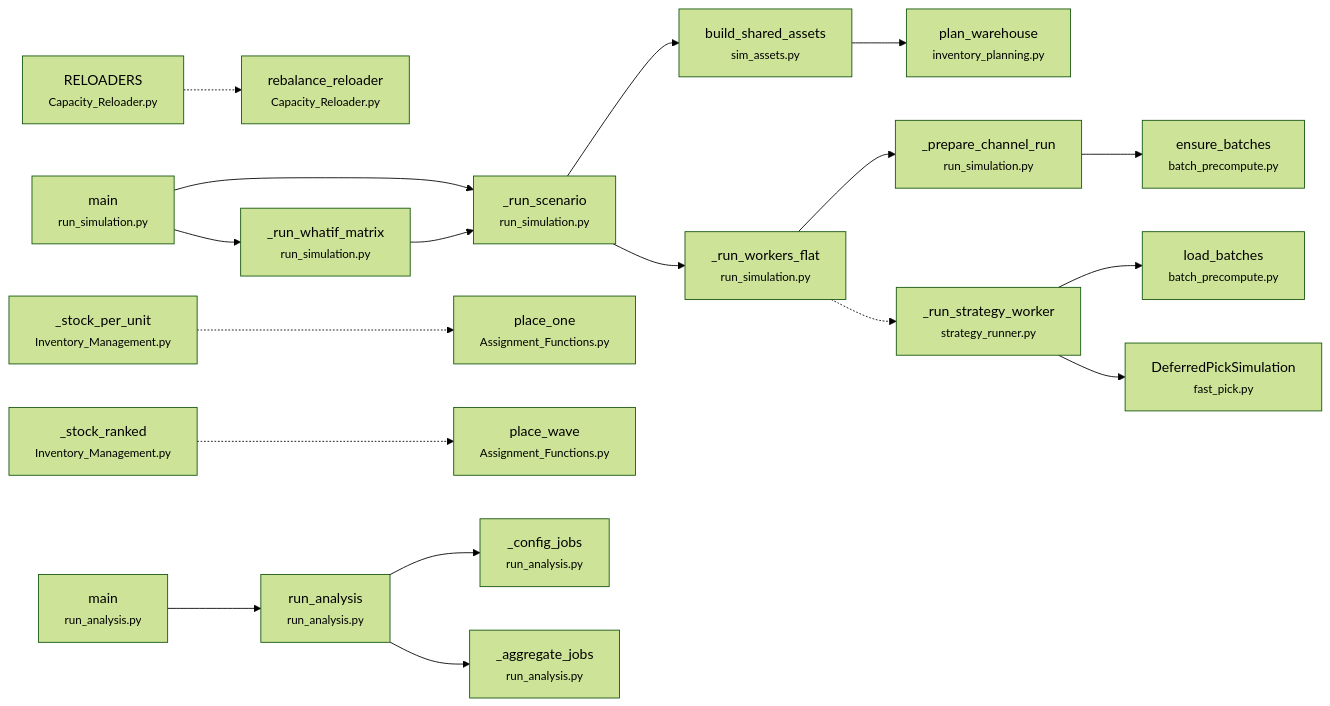
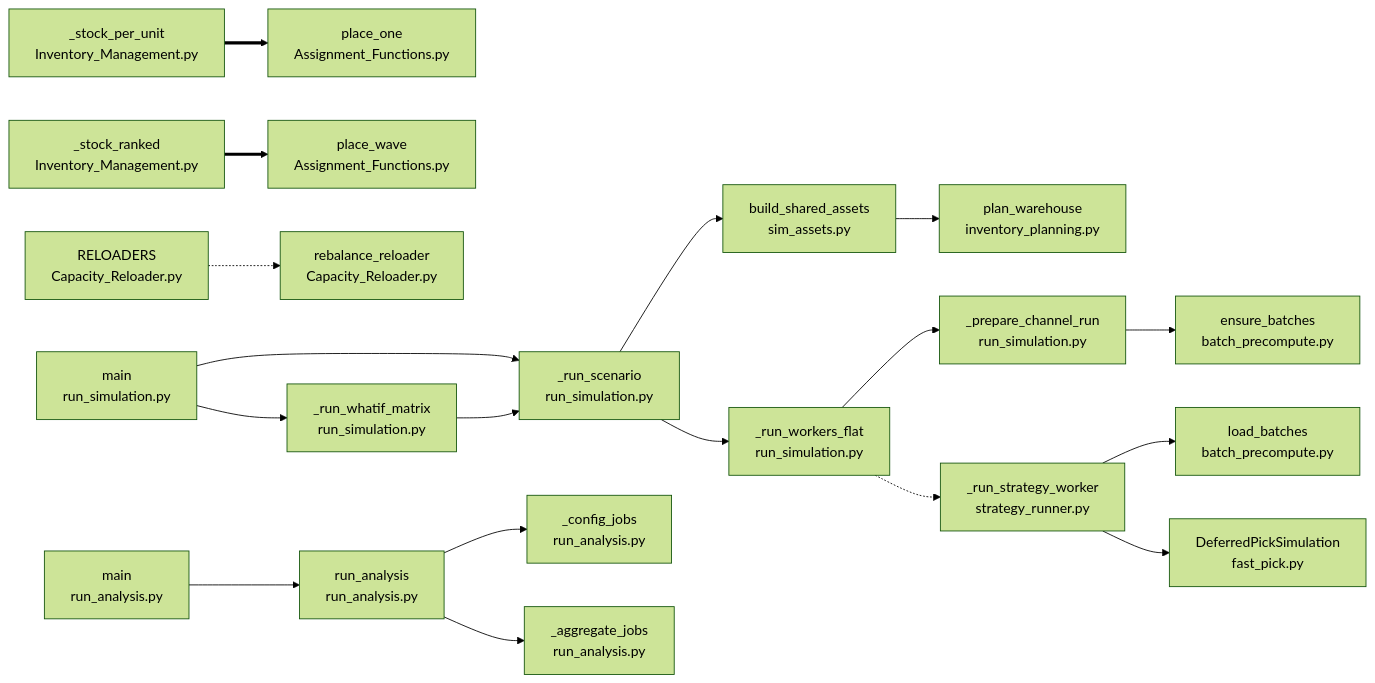
Before and after one commit to EdgyPage/Inventory_Location_Optimizer: the second of 2 diagrams in context/arch/GRAPH.md, drawn with Mermaid (forest theme). The commit also changed other lines of this file and 2 other files, not shown here.

Commit message:
fix(arch): valid Mermaid arrows + cleaner labels in GRAPH.md
The dispatch edges used `-..->`, which is not a valid Mermaid link and made the
whole backbone diagram fail to render. Use `==>` (thick) for dispatch, keep
`-.->` (dotted) for ref and `-->` for calls. Drop the unreliable <small> tag from
node labels (plain name<br/>filename renders consistently on GitHub + IDE preview).
Regenerated context/arch/GRAPH.md.

````diff
--- a/context/arch/GRAPH.md
+++ b/context/arch/GRAPH.md
@@ -36,41 +36,41 @@
 ```mermaid
 graph LR
-  nmain_Optimization_run_simulation_py["main<br/><small>run_simulation.py</small>"]
-  n_run_scenario_Optimization_run_simulation_py["_run_scenario<br/><small>run_simulation.py</small>"]
-  nbuild_shared_assets_Optimization_sim_assets_py["build_shared_assets<br/><small>sim_assets.py</small>"]
-  nplan_warehouse_Warehouse_inventory_planning_py["plan_warehouse<br/><small>inventory_planning.py</small>"]
-  n_run_workers_flat_Optimization_run_simulation_py["_run_workers_flat<br/><small>run_simulation.py</small>"]
-  n_prepare_channel_run_Optimization_run_simulation_py["_prepare_channel_run<br/><small>run_simulation.py</small>"]
-  nensure_batches_Optimization_batch_precompute_py["ensure_batches<br/><small>batch_precompute.py</small>"]
-  n_run_strategy_worker_Optimization_strategy_runner_py["_run_strategy_worker<br/><small>strategy_runner.py</small>"]
-  nload_batches_Optimization_batch_precompute_py["load_batches<br/><small>batch_precompute.py</small>"]
-  nDeferredPickSimulation_Warehouse_fast_pick_py["DeferredPickSimulation<br/><small>fast_pick.py</small>"]
-  n_stock_per_unit_Warehouse_Inventory_Management_py["_stock_per_unit<br/><small>Inventory_Management.py</small>"]
-  nplace_one_Warehouse_Assignment_Functions_py["place_one<br/><small>Assignment_Functions.py</small>"]
-  n_stock_ranked_Warehouse_Inventory_Management_py["_stock_ranked<br/><small>Inventory_Management.py</small>"]
-  nplace_wave_Warehouse_Assignment_Functions_py["place_wave<br/><small>Assignment_Functions.py</small>"]
-  nRELOADERS_Warehouse_Capacity_Reloader_py["RELOADERS<br/><small>Capacity_Reloader.py</small>"]
-  nrebalance_reloader_Warehouse_Capacity_Reloader_py["rebalance_reloader<br/><small>Capacity_Reloader.py</small>"]
-  n_run_whatif_matrix_Optimization_run_simulation_py["_run_whatif_matrix<br/><small>run_simulation.py</small>"]
-  nmain_Optimization_run_analysis_py["main<br/><small>run_analysis.py</small>"]
-  nrun_analysis_Optimization_run_analysis_py["run_analysis<br/><small>run_analysis.py</small>"]
-  n_config_jobs_Optimization_run_analysis_py["_config_jobs<br/><small>run_analysis.py</small>"]
-  n_aggregate_jobs_Optimization_run_analysis_py["_aggregate_jobs<br/><small>run_analysis.py</small>"]
+  nmain_Optimization_run_simulation_py["main<br/>run_simulation.py"]
+  n_run_scenario_Optimization_run_simulation_py["_run_scenario<br/>run_simulation.py"]
+  nbuild_shared_assets_Optimization_sim_assets_py["build_shared_assets<br/>sim_assets.py"]
+  nplan_warehouse_Warehouse_inventory_planning_py["plan_warehouse<br/>inventory_planning.py"]
+  n_run_workers_flat_Optimization_run_simulation_py["_run_workers_flat<br/>run_simulation.py"]
+  n_prepare_channel_run_Optimization_run_simulation_py["_prepare_channel_run<br/>run_simulation.py"]
+  nensure_batches_Optimization_batch_precompute_py["ensure_batches<br/>batch_precompute.py"]
+  n_run_strategy_worker_Optimization_strategy_runner_py["_run_strategy_worker<br/>strategy_runner.py"]
+  nload_batches_Optimization_batch_precompute_py["load_batches<br/>batch_precompute.py"]
+  nDeferredPickSimulation_Warehouse_fast_pick_py["DeferredPickSimulation<br/>fast_pick.py"]
+  n_stock_per_unit_Warehouse_Inventory_Management_py["_stock_per_unit<br/>Inventory_Management.py"]
+  nplace_one_Warehouse_Assignment_Functions_py["place_one<br/>Assignment_Functions.py"]
+  n_stock_ranked_Warehouse_Inventory_Management_py["_stock_ranked<br/>Inventory_Management.py"]
+  nplace_wave_Warehouse_Assignment_Functions_py["place_wave<br/>Assignment_Functions.py"]
+  nRELOADERS_Warehouse_Capacity_Reloader_py["RELOADERS<br/>Capacity_Reloader.py"]
+  nrebalance_reloader_Warehouse_Capacity_Reloader_py["rebalance_reloader<br/>Capacity_Reloader.py"]
+  n_run_whatif_matrix_Optimization_run_simulation_py["_run_whatif_matrix<br/>run_simulation.py"]
+  nmain_Optimization_run_analysis_py["main<br/>run_analysis.py"]
+  nrun_analysis_Optimization_run_analysis_py["run_analysis<br/>run_analysis.py"]
+  n_config_jobs_Optimization_run_analysis_py["_config_jobs<br/>run_analysis.py"]
+  n_aggregate_jobs_Optimization_run_analysis_py["_aggregate_jobs<br/>run_analysis.py"]
   nmain_Optimization_run_simulation_py --> n_run_scenario_Optimization_run_simulation_py
   n_run_scenario_Optimization_run_simulation_py --> nbuild_shared_assets_Optimization_sim_assets_py
   nbuild_shared_assets_Optimization_sim_assets_py --> nplan_warehouse_Warehouse_inventory_planning_py
   n_run_scenario_Optimization_run_simulation_py --> n_run_workers_flat_Optimization_run_simulation_py
   n_run_workers_flat_Optimization_run_simulation_py --> n_prepare_channel_run_Optimization_run_simulation_py
   n_prepare_channel_run_Optimization_run_simulation_py --> nensure_batches_Optimization_batch_precompute_py
   n_run_workers_flat_Optimization_run_simulation_py -.-> n_run_strategy_worker_Optimization_strategy_runner_py
   n_run_strategy_worker_Optimization_strategy_runner_py --> nload_batches_Optimization_batch_precompute_py
   n_run_strategy_worker_Optimization_strategy_runner_py --> nDeferredPickSimulation_Warehouse_fast_pick_py
-  n_stock_per_unit_Warehouse_Inventory_Management_py -..-> nplace_one_Warehouse_Assignment_Functions_py
-  n_stock_ranked_Warehouse_Inventory_Management_py -..-> nplace_wave_Warehouse_Assignment_Functions_py
+  n_stock_per_unit_Warehouse_Inventory_Management_py ==> nplace_one_Warehouse_Assignment_Functions_py
+  n_stock_ranked_Warehouse_Inventory_Management_py ==> nplace_wave_Warehouse_Assignment_Functions_py
   nRELOADERS_Warehouse_Capacity_Reloader_py -.-> nrebalance_reloader_Warehouse_Capacity_Reloader_py
   nmain_Optimization_run_simulation_py --> n_run_whatif_matrix_Optimization_run_simulation_py
   n_run_whatif_matrix_Optimization_run_simulation_py --> n_run_scenario_Optimization_run_simulation_py
   nmain_Optimization_run_analysis_py --> nrun_analysis_Optimization_run_analysis_py
   nrun_analysis_Optimization_run_analysis_py --> n_config_jobs_Optimization_run_analysis_py
   nrun_analysis_Optimization_run_analysis_py --> n_aggregate_jobs_Optimization_run_analysis_py
 ```
````
